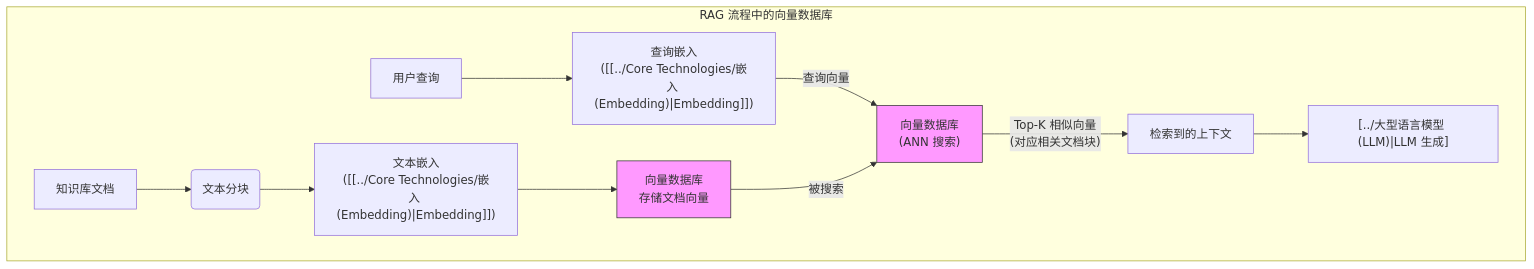
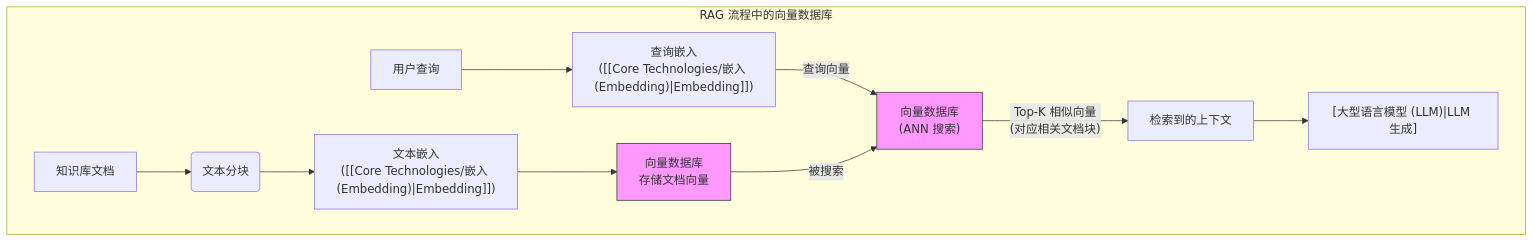
One commit to perryzjc/interview changed the diagram in Concepts/AI & ML/Core Technologies/向量数据库.md. Above: the diagram before and after it, drawn with Mermaid. The commit also changed other lines of this file and 85 other files, not shown here.

````diff
--- a/Concepts/AI & ML/Core Technologies/向量数据库.md
+++ b/Concepts/AI & ML/Core Technologies/向量数据库.md
@@ -77,17 +77,17 @@
 ```mermaid
 graph TD
 	subgraph RAG 流程中的向量数据库
 		direction LR
 		A[知识库文档] --> B(文本分块);
-		B --> C["文本嵌入<br/>([[../Core Technologies/嵌入 (Embedding)|Embedding]])"];
+		B --> C["文本嵌入<br/>([[Core Technologies/嵌入 (Embedding)|Embedding]])"];
 		C --> D["向量数据库<br/>存储文档向量"];
 
-		E[用户查询] --> F["查询嵌入<br/>([[../Core Technologies/嵌入 (Embedding)|Embedding]])"];
+		E[用户查询] --> F["查询嵌入<br/>([[Core Technologies/嵌入 (Embedding)|Embedding]])"];
 		F -- "查询向量" --> G["向量数据库<br/>(ANN 搜索)"];
 		D -- "被搜索" --> G;
 		G -- "Top-K 相似向量<br/>(对应相关文档块)" --> H[检索到的上下文];
-		H --> I["[../大型语言模型 (LLM)|LLM 生成]"];
+		H --> I["[大型语言模型 (LLM)|LLM 生成]"];
 	end
 	style D fill:#f9f, stroke:#333
 	style G fill:#f9f, stroke:#333
 ```
````
